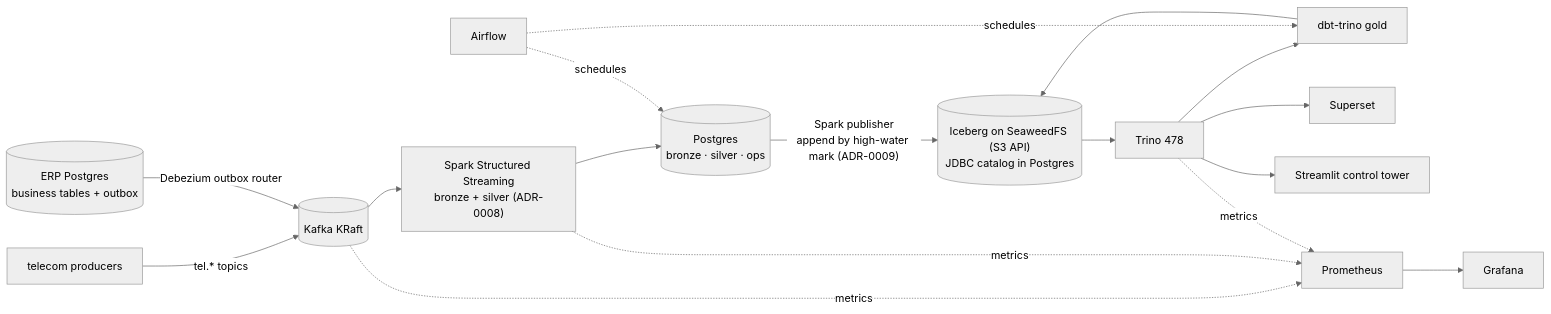
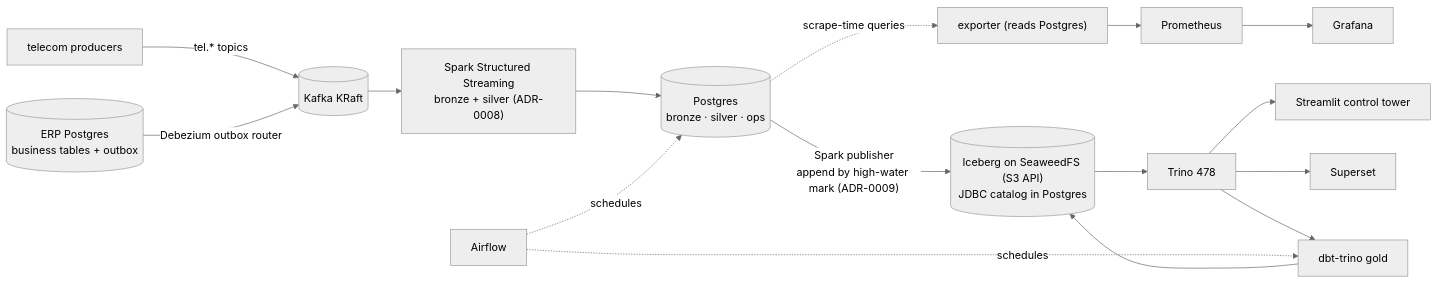
The sixth of 6 diagrams in docs/ARCHITECTURE.md (noushadbackup/SIGNALFLOW-X), drawn with Mermaid (neutral theme) before and after one commit. The commit also changed other lines of this file and 18 other files, not shown here.

First line of the commit message:
Phase 6 part 2: demos, interview guide, architecture diagram, benchmark report

````diff
--- a/docs/ARCHITECTURE.md
+++ b/docs/ARCHITECTURE.md
@@ -161,15 +161,15 @@
 ```mermaid
 flowchart LR
   OCS["telecom producers"] -->|"tel.* topics"| K[(Kafka KRaft)]
   ERPDB[("ERP Postgres<br/>business tables + outbox")] -->|"Debezium outbox router"| K
   K --> SS["Spark Structured Streaming<br/>bronze + silver (ADR-0008)"]
   SS --> PG[("Postgres<br/>bronze · silver · ops")]
   PG -->|"Spark publisher<br/>append by high-water mark (ADR-0009)"| OBJ[("Iceberg on SeaweedFS (S3 API)<br/>JDBC catalog in Postgres")]
   OBJ --> TR["Trino 478"] --> DBT["dbt-trino gold"] --> OBJ
   TR --> SUP["Superset"]
   TR --> ST["Streamlit control tower"]
   AF["Airflow"] -.schedules.-> DBT
   AF -.schedules.-> PG
-  PR["Prometheus"] --> GF["Grafana"]
-  K & SS & TR -.metrics.-> PR
+  EX["exporter (reads Postgres)"] --> PR["Prometheus"] --> GF["Grafana"]
+  PG -.scrape-time queries.-> EX
 ```
````
